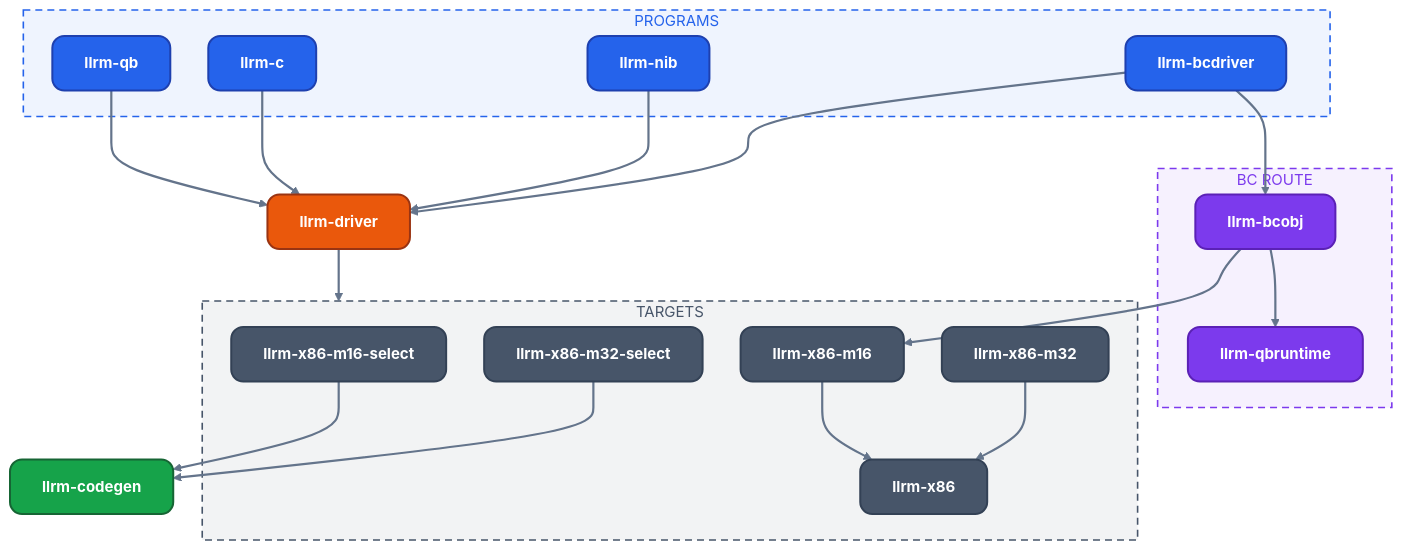
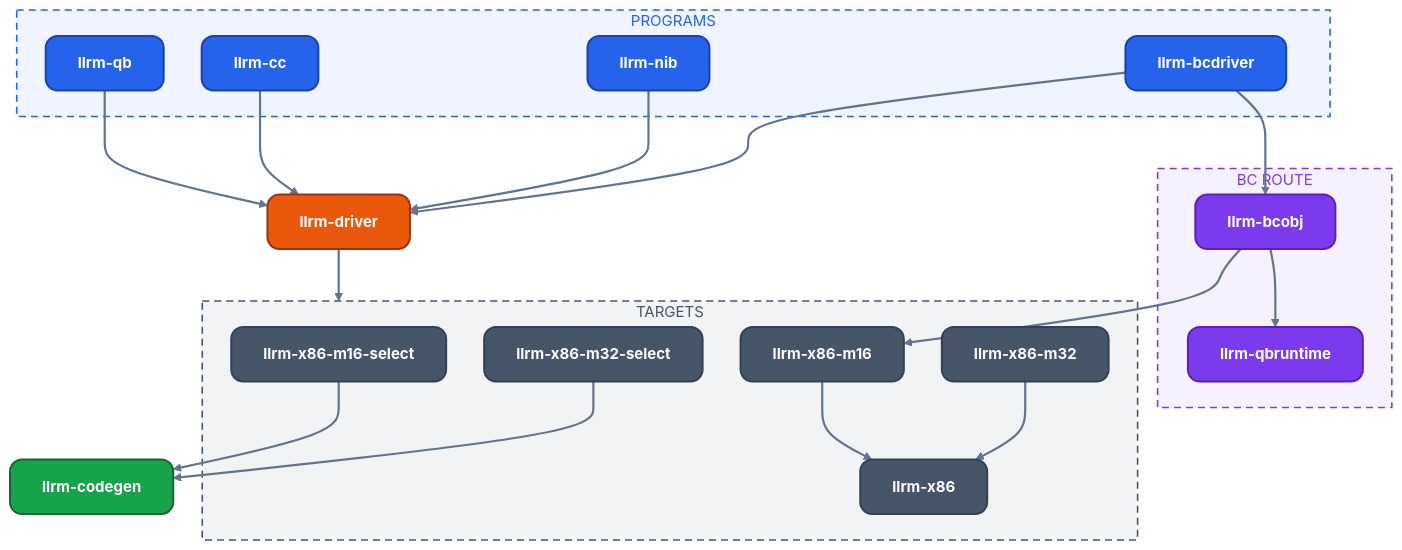
Before and after one commit to ali-mosavian/llrm: the second of 4 diagrams in docs/reference/crates.md, drawn with Mermaid. The commit also changed other lines of this file and 411 other files, not shown here.

````diff
--- a/docs/reference/crates.md
+++ b/docs/reference/crates.md
@@ -39,44 +39,44 @@
 ```mermaid
 %%{init: {'theme':'base','themeVariables':{'fontFamily':'Segoe UI, Helvetica Neue, Arial, DejaVu Sans, sans-serif','fontSize':'15px','primaryColor':'#475569','primaryTextColor':'#ffffff','primaryBorderColor':'#334155','lineColor':'#64748b','secondaryColor':'#475569','tertiaryColor':'transparent','clusterBkg':'transparent','clusterBorder':'#64748b','edgeLabelBackground':'#334155','textColor':'#64748b','titleColor':'#64748b'},'flowchart':{'curve':'basis','nodeSpacing':38,'rankSpacing':52,'padding':16,'wrappingWidth':360,'htmlLabels':true,'useMaxWidth':true}}}%%
 flowchart TB
   classDef src fill:#2563eb,stroke:#1e40af,stroke-width:2px,color:#ffffff,rx:12px,ry:12px
   classDef mid fill:#475569,stroke:#334155,stroke-width:2px,color:#ffffff,rx:12px,ry:12px
   classDef opt fill:#ea580c,stroke:#9a3412,stroke-width:2px,color:#ffffff,rx:12px,ry:12px
   classDef out fill:#16a34a,stroke:#166534,stroke-width:2px,color:#ffffff,rx:12px,ry:12px
   classDef data fill:#7c3aed,stroke:#5b21b6,stroke-width:2px,color:#ffffff,rx:12px,ry:12px
   linkStyle default stroke:#64748b,stroke-width:2.2px
   subgraph g_fe["PROGRAMS"]
     qb["<b>llrm-qb</b>"]:::src
-    c["<b>llrm-c</b>"]:::src
+    c["<b>llrm-cc</b>"]:::src
     nib["<b>llrm-nib</b>"]:::src
     bcd["<b>llrm-bcdriver</b>"]:::src
   end
   drv["<b>llrm-driver</b>"]:::opt
   subgraph g_tg["TARGETS"]
     s16["<b>llrm-x86-m16-select</b>"]:::mid
     s32["<b>llrm-x86-m32-select</b>"]:::mid
     m16["<b>llrm-x86-m16</b>"]:::mid
     m32["<b>llrm-x86-m32</b>"]:::mid
     x86["<b>llrm-x86</b>"]:::mid
   end
   subgraph g_bcg["BC ROUTE"]
     bc["<b>llrm-bcobj</b>"]:::data
     qbrt["<b>llrm-qbruntime</b>"]:::data
   end
   core["<b>llrm-codegen</b>"]:::out
   qb --> drv
   c --> drv
   nib --> drv
   bcd --> drv
   bcd --> bc
   drv --> g_tg
   s16 --> core
   s32 --> core
   m16 --> x86
   m32 --> x86
   bc --> m16
   bc --> qbrt
   style g_fe fill:#2563eb12,stroke:#2563eb,stroke-width:1.6px,stroke-dasharray:7 5,color:#2563eb
   style g_tg fill:#47556912,stroke:#475569,stroke-width:1.6px,stroke-dasharray:7 5,color:#475569
   style g_bcg fill:#7c3aed12,stroke:#7c3aed,stroke-width:1.6px,stroke-dasharray:7 5,color:#7c3aed
 ```
````
